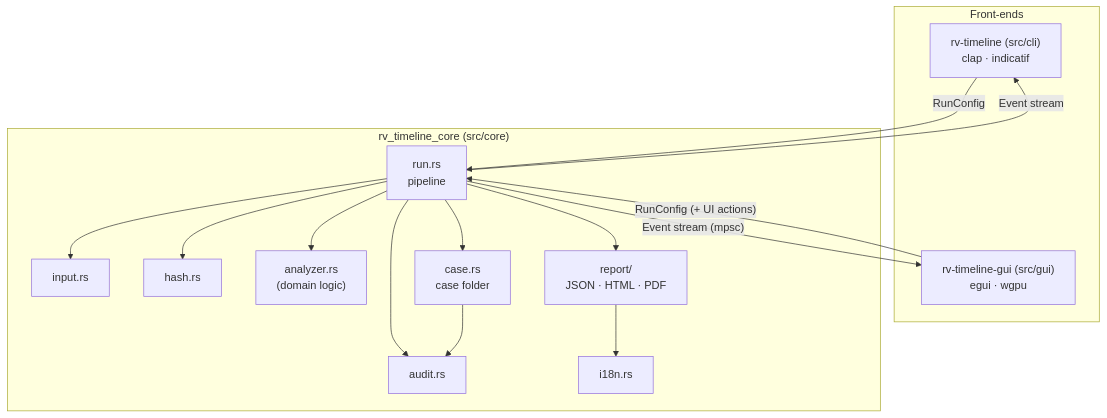
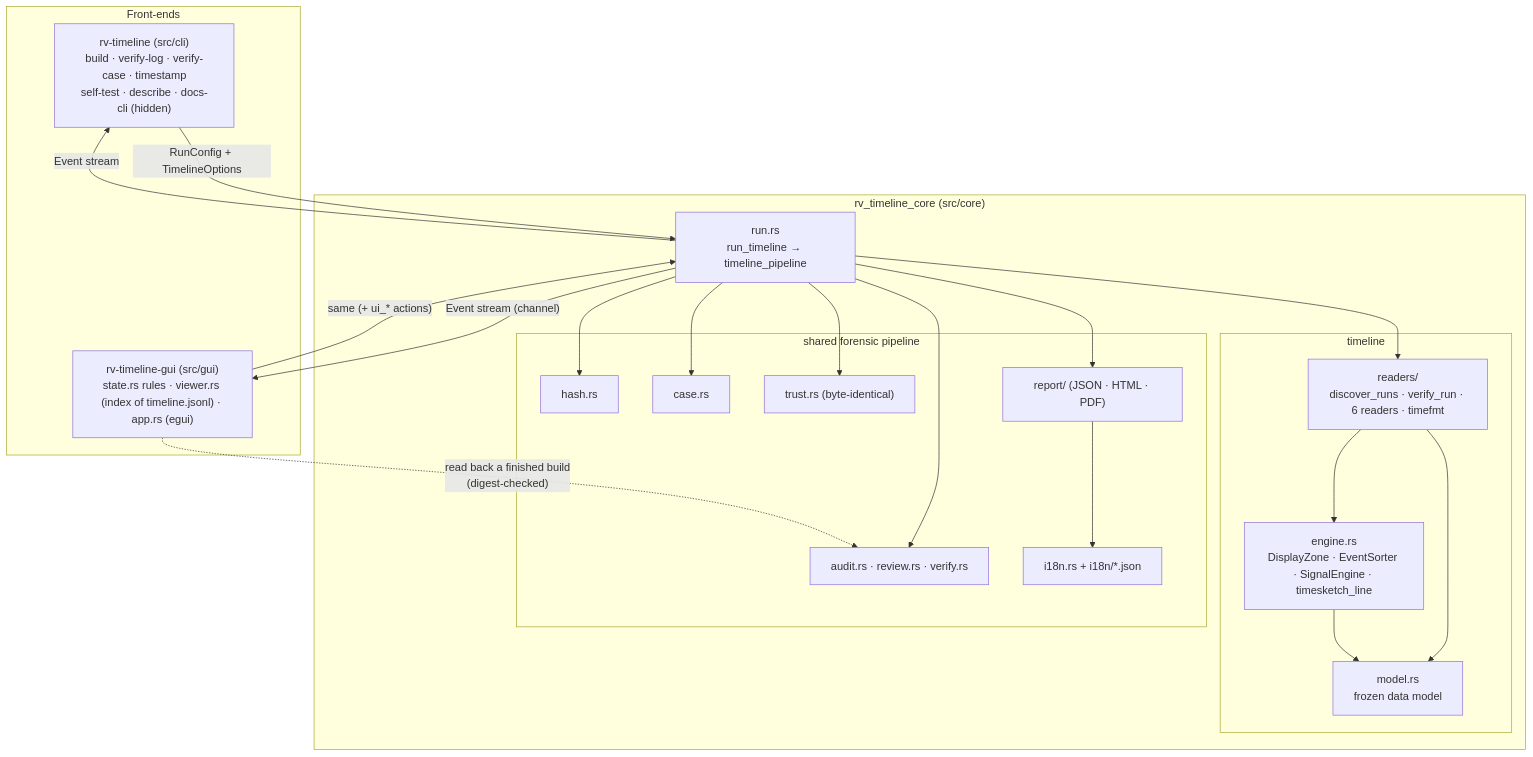
Before and after one commit to Panacota96/rv-timeline: the first of 3 diagrams in docs/architecture.md, drawn with Mermaid. The commit also changed other lines of this file and 984 other files, not shown here.

First line of the commit message:
feat: RV Timeline v0.1 — cited case timeline from the Rakvor tools' outputs (#3)

````diff
--- a/docs/architecture.md
+++ b/docs/architecture.md
@@ -7,24 +10,33 @@
 ```mermaid
 flowchart TB
-    subgraph Front-ends
-        CLI["rv-timeline (src/cli)<br/>clap · indicatif"]
-        GUI["rv-timeline-gui (src/gui)<br/>egui · wgpu"]
+    subgraph Front["Front-ends"]
+        CLI["rv-timeline (src/cli)<br/>build · verify-log · verify-case · timestamp<br/>self-test · describe · docs-cli (hidden)"]
+        GUI["rv-timeline-gui (src/gui)<br/>state.rs rules · viewer.rs (index of timeline.jsonl) · app.rs (egui)"]
     end
     subgraph Core["rv_timeline_core (src/core)"]
-        RUN["run.rs<br/>pipeline"]
-        IN["input.rs"]
-        H["hash.rs"]
-        AN["analyzer.rs<br/>(domain logic)"]
-        AU["audit.rs"]
-        CA["case.rs<br/>case folder"]
-        REP["report/<br/>JSON · HTML · PDF"]
-        I18N["i18n.rs"]
+        RUN["run.rs<br/>run_timeline → timeline_pipeline"]
+        subgraph Timeline["timeline"]
+            MOD["model.rs<br/>frozen data model"]
+            RD["readers/<br/>discover_runs · verify_run · 6 readers · timefmt"]
+            EN["engine.rs<br/>DisplayZone · EventSorter · SignalEngine · timesketch_line"]
+        end
+        subgraph Shared["shared forensic pipeline"]
+            H["hash.rs"]
+            AU["audit.rs · review.rs · verify.rs"]
+            CA["case.rs"]
+            TR["trust.rs (byte-identical)"]
+            REP["report/ (JSON · HTML · PDF)"]
+            I18N["i18n.rs + i18n/*.json"]
+        end
     end
-    CLI -- RunConfig --> RUN
-    GUI -- "RunConfig (+ UI actions)" --> RUN
+    CLI -- "RunConfig + TimelineOptions" --> RUN
+    GUI -- "same (+ ui_* actions)" --> RUN
     RUN -- "Event stream" --> CLI
-    RUN -- "Event stream (mpsc)" --> GUI
-    RUN --> IN & H & AN & AU & REP & CA
-    CA --> AU
+    RUN -- "Event stream (channel)" --> GUI
+    RUN --> RD --> EN
+    RUN --> H & AU & CA & REP & TR
+    RD --> MOD
+    EN --> MOD
     REP --> I18N
+    GUI -. "read back a finished build<br/>(digest-checked)" .-> AU
 ```
````
